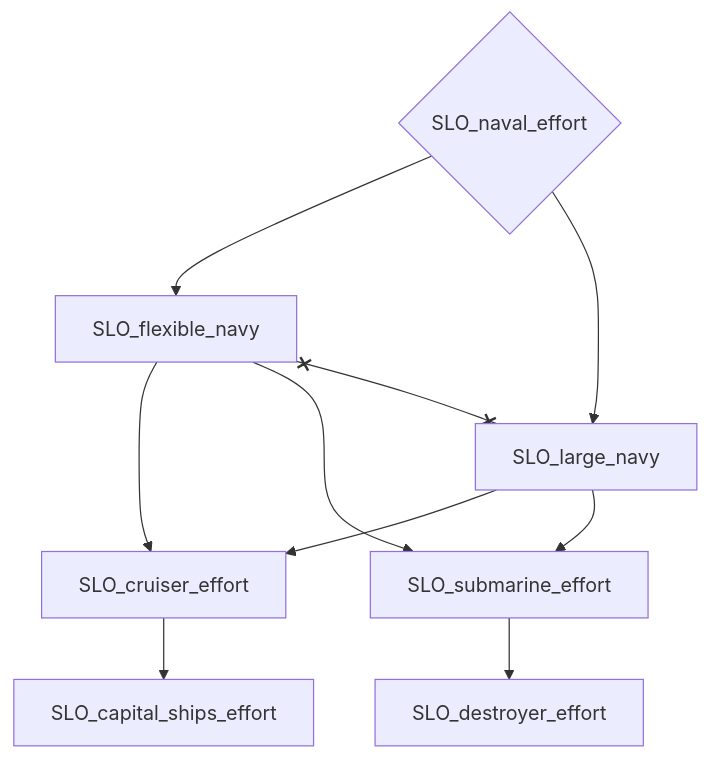
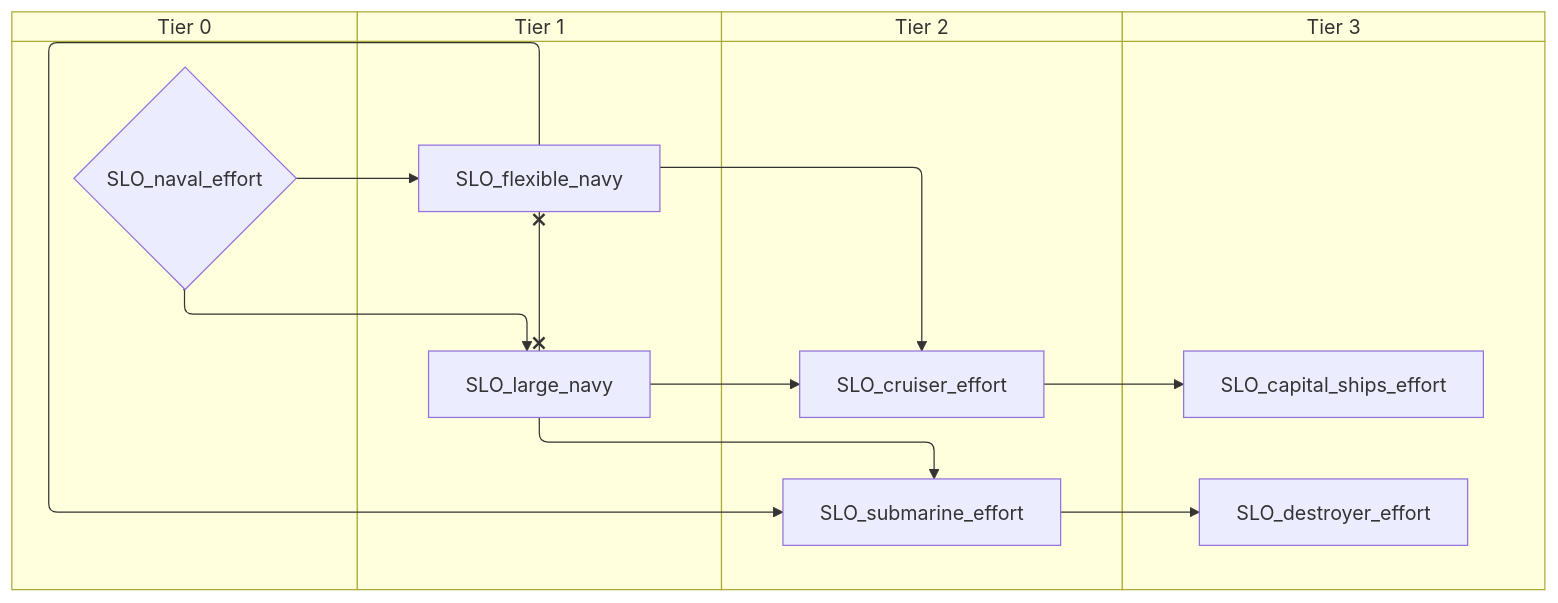
One commit to evgeny-sobol/hoi4-sandbox-mode-r56 changed the fifth of 5 diagrams in docs/gdd/National Focuses/r56/slovakia.md. Above: the diagram before and after it, drawn with Mermaid. The commit also changed other lines of this file and 423 other files, not shown here.

First line of the commit message:
Re-export Rt56 focus trees as swimlane diagrams

````diff
--- a/docs/gdd/National Focuses/r56/slovakia.md
+++ b/docs/gdd/National Focuses/r56/slovakia.md
@@ -208,19 +254,27 @@
 ```mermaid
-flowchart TD
-    n72["SLO_capital_ships_effort"]
-    n73["SLO_cruiser_effort"]
-    n74["SLO_destroyer_effort"]
-    n75["SLO_flexible_navy"]
-    n76["SLO_large_navy"]
-    n77{"SLO_naval_effort"}
-    n78["SLO_submarine_effort"]
-    n73 --> n72
-    n76 --> n73
-    n75 --> n73
-    n78 --> n74
-    n77 --> n75
-    n77 --> n76
-    n75 --> n78
+swimlane-beta TD
+    subgraph tier_0["Tier 0"]
+        n72{"SLO_naval_effort"}
+    end
+    subgraph tier_1["Tier 1"]
+        n73["SLO_flexible_navy"]
+        n74["SLO_large_navy"]
+    end
+    subgraph tier_2["Tier 2"]
+        n75["SLO_cruiser_effort"]
+        n76["SLO_submarine_effort"]
+    end
+    subgraph tier_3["Tier 3"]
+        n77["SLO_capital_ships_effort"]
+        n78["SLO_destroyer_effort"]
+    end
+    n75 --> n77
+    n74 --> n75
+    n73 --> n75
     n76 --> n78
-    n75 x--x n76
+    n72 --> n73
+    n72 --> n74
+    n73 --> n76
+    n74 --> n76
+    n73 x--x n74
 ```
````
